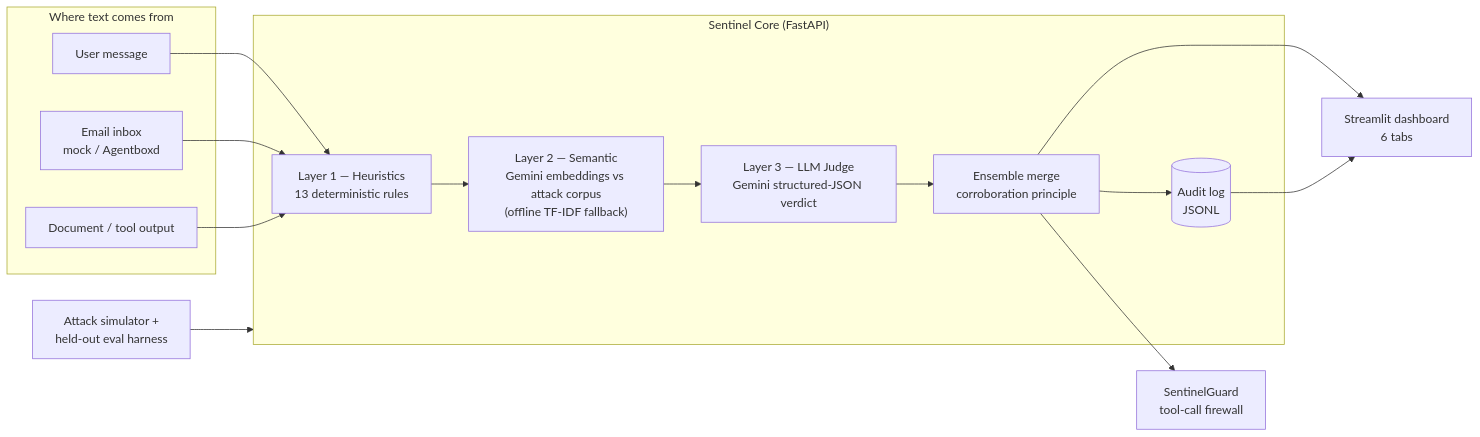
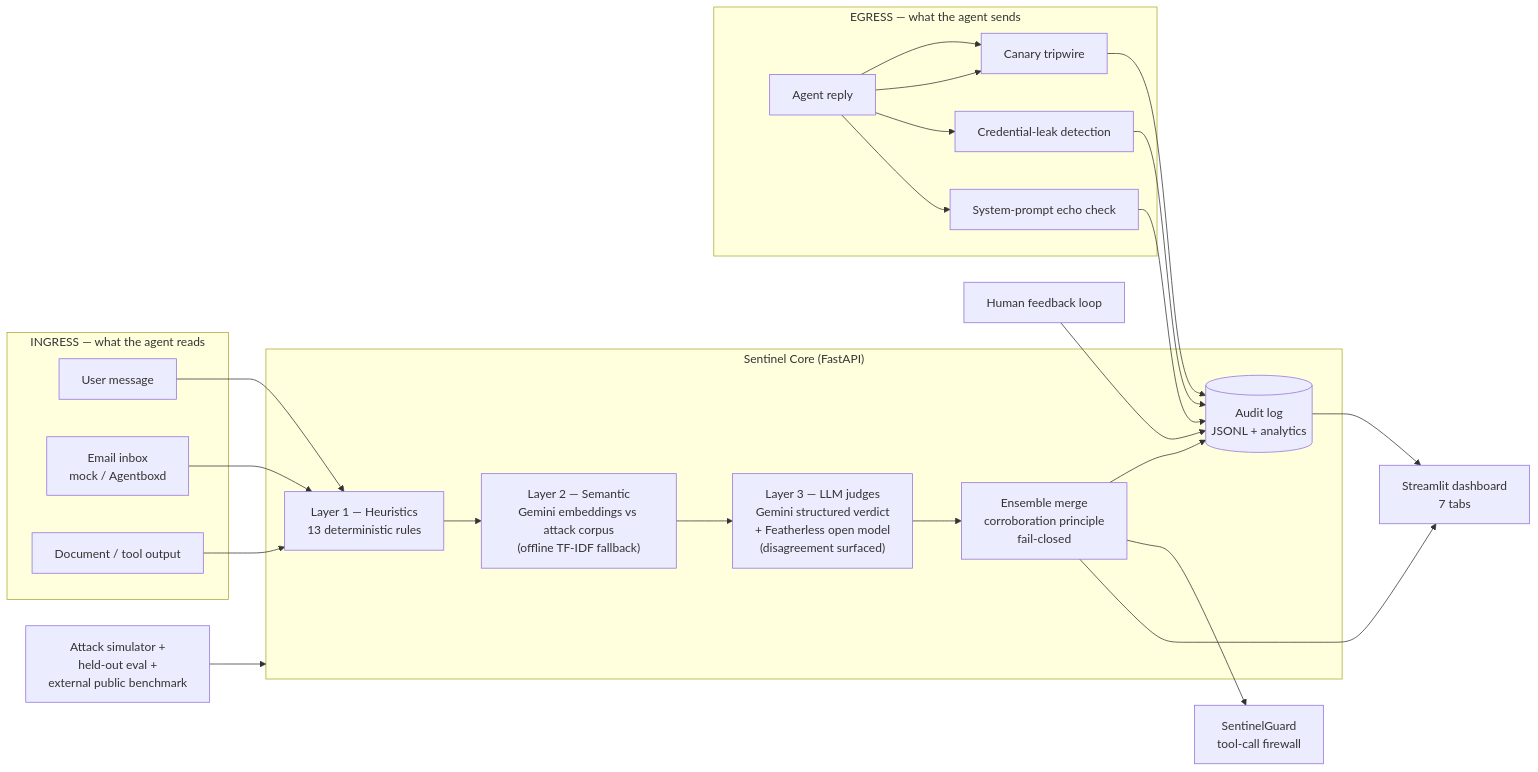
One commit to hamsavartn/JanusGate changed the diagram in README.md. Above: the diagram before and after it, drawn with Mermaid. The commit also changed other lines of this file and 21 other files, not shown here.

````diff
--- a/README.md
+++ b/README.md
@@ -24,26 +26,35 @@
 ```mermaid
 flowchart LR
-    subgraph Sources["Where text comes from"]
+    subgraph Ingress["INGRESS — what the agent reads"]
         U[User message]
         E[Email inbox<br/>mock / Agentboxd]
         D[Document / tool output]
     end
 
     subgraph Sentinel["Sentinel Core (FastAPI)"]
         H["Layer 1 — Heuristics<br/>13 deterministic rules"]
         S["Layer 2 — Semantic<br/>Gemini embeddings vs attack corpus<br/>(offline TF-IDF fallback)"]
-        J["Layer 3 — LLM Judge<br/>Gemini structured-JSON verdict"]
-        M["Ensemble merge<br/>corroboration principle"]
-        A[(Audit log<br/>JSONL)]
+        J["Layer 3 — LLM judges<br/>Gemini structured verdict<br/>+ Featherless open model<br/>(disagreement surfaced)"]
+        M["Ensemble merge<br/>corroboration principle<br/>fail-closed"]
+        A[(Audit log<br/>JSONL + analytics)]
+    end
+
+    subgraph Egress["EGRESS — what the agent sends"]
+        R[Agent reply] --> CAN["Canary tripwire"]
+        CRED["Credential-leak detection"]
+        ECHO["System-prompt echo check"]
     end
 
     G["SentinelGuard<br/>tool-call firewall"]
-    DASH["Streamlit dashboard<br/>6 tabs"]
-    SIM["Attack simulator +<br/>held-out eval harness"]
+    FB["Human feedback loop"]
+    DASH["Streamlit dashboard<br/>7 tabs"]
+    SIM["Attack simulator +<br/>held-out eval +<br/>external public benchmark"]
 
     U & E & D --> H --> S --> J --> M --> A
+    R --> CAN & CRED & ECHO --> A
     M --> G
     M --> DASH
+    FB --> A
     SIM --> Sentinel
     A --> DASH
 ```
````
